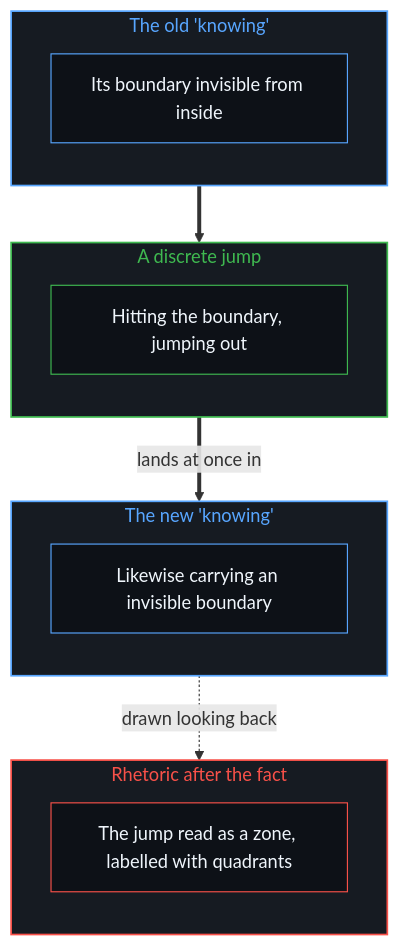
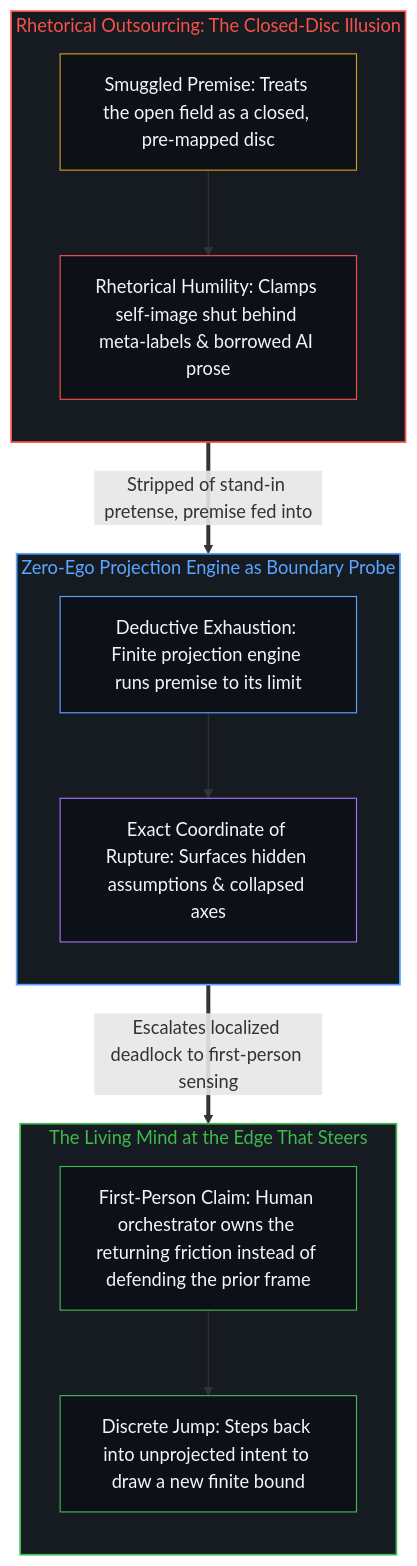
The second of 2 diagrams in content/posts/zhi-dao-zi-ji-bu-zhi-dao-de-ren-zhi-jia-xiang.md (powerpig99/not-a-toe), drawn with Mermaid before and after one commit. The commit also changed other lines of this file and 1 other file, not shown here.

````diff
--- a/content/posts/zhi-dao-zi-ji-bu-zhi-dao-de-ren-zhi-jia-xiang.md
+++ b/content/posts/zhi-dao-zi-ji-bu-zhi-dao-de-ren-zhi-jia-xiang.md
@@ -92,30 +110,36 @@
 ```mermaid
 flowchart TD
-    subgraph S_Old["The old 'knowing'"]
+    subgraph S_Disc["Rhetorical Outsourcing: The Closed-Disc Illusion"]
         direction TB
-        O1["Its boundary invisible from inside"]
+        D_Prem["Smuggled Premise: Treats the open field as a closed, pre-mapped disc"]
+        D_Shield["Rhetorical Humility: Clamps self-image shut behind meta-labels & borrowed AI prose"]
+        D_Prem --> D_Shield
     end
-    subgraph S_Jump["A discrete jump"]
+
+    subgraph S_Probe["Zero-Ego Projection Engine as Boundary Probe"]
         direction TB
-        J1["Hitting the boundary, jumping out"]
+        P_Traj["Deductive Exhaustion: Finite projection engine runs premise to its limit"]
+        P_Dead["Exact Coordinate of Rupture: Surfaces hidden assumptions & collapsed axes"]
+        P_Traj --> P_Dead
     end
-    subgraph S_New["The new 'knowing'"]
+
+    subgraph S_Jump["The Living Mind at the Edge That Steers"]
         direction TB
-        N1["Likewise carrying an invisible boundary"]
+        J_Claim["First-Person Claim: Human orchestrator owns the returning friction instead of defending the prior frame"]
+        J_Leap["Discrete Jump: Steps back into unprojected intent to draw a new finite bound"]
+        J_Claim --> J_Leap
     end
-    subgraph S_Map["Rhetoric after the fact"]
-        direction TB
-        M1["The jump read as a zone, labelled with quadrants"]
-    end
-    O1 ==> J1
-    J1 ==>|"lands at once in"| N1
-    N1 -.->|"drawn looking back"| M1
-    style S_Old fill:#161b22,stroke:#58a6ff,stroke-width:1.5px,color:#58a6ff
+
+    D_Shield ==>|"Stripped of stand-in pretense, premise fed into"| P_Traj
+    P_Dead ==>|"Escalates localized deadlock to first-person sensing"| J_Claim
+
+    style S_Disc fill:#161b22,stroke:#f85149,stroke-width:1.5px,color:#f85149
+    style S_Probe fill:#161b22,stroke:#58a6ff,stroke-width:1.5px,color:#58a6ff
     style S_Jump fill:#161b22,stroke:#3fb950,stroke-width:1.5px,color:#3fb950
-    style S_New fill:#161b22,stroke:#58a6ff,stroke-width:1.5px,color:#58a6ff
-    style S_Map fill:#161b22,stroke:#f85149,stroke-width:1.5px,color:#f85149
-    style O1 fill:#0d1117,stroke:#58a6ff,stroke-width:1px,color:#f0f6fc
-    style J1 fill:#0d1117,stroke:#3fb950,stroke-width:1px,color:#f0f6fc
-    style N1 fill:#0d1117,stroke:#58a6ff,stroke-width:1px,color:#f0f6fc
-    style M1 fill:#0d1117,stroke:#f85149,stroke-width:1px,color:#f0f6fc
+    style D_Prem fill:#0d1117,stroke:#d29922,stroke-width:1px,color:#f0f6fc
+    style D_Shield fill:#0d1117,stroke:#f85149,stroke-width:1px,color:#f0f6fc
+    style P_Traj fill:#0d1117,stroke:#58a6ff,stroke-width:1px,color:#f0f6fc
+    style P_Dead fill:#0d1117,stroke:#a371f7,stroke-width:1px,color:#f0f6fc
+    style J_Claim fill:#0d1117,stroke:#3fb950,stroke-width:1px,color:#f0f6fc
+    style J_Leap fill:#0d1117,stroke:#3fb950,stroke-width:1px,color:#f0f6fc
 ```
````
